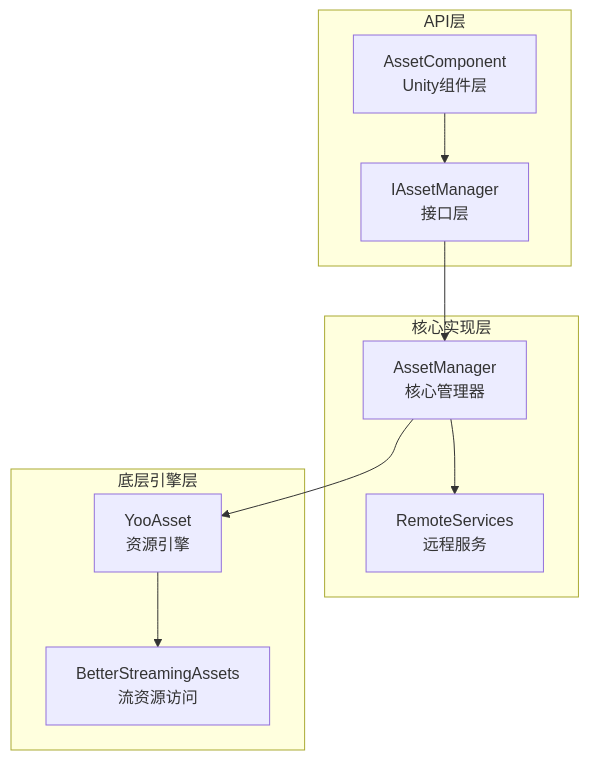
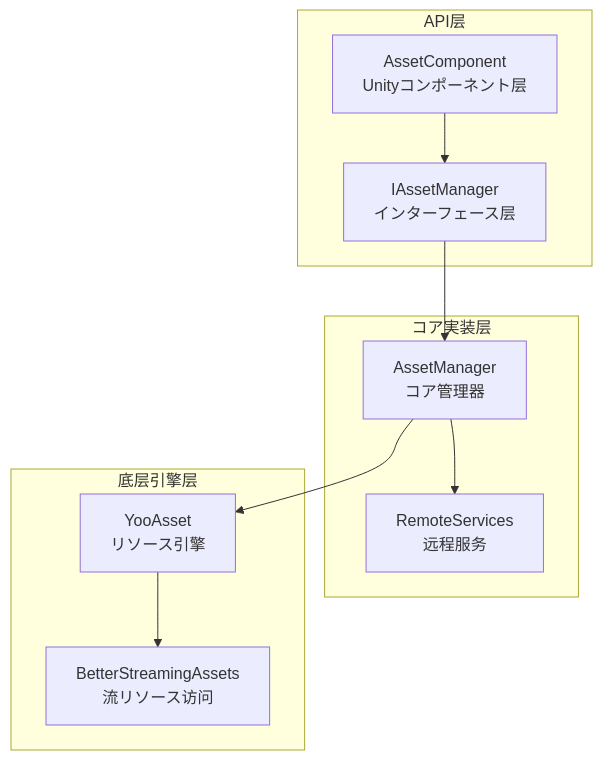
Before and after one commit to AlianBlank/GameFrameX.Docs: the first of 4 diagrams in docs/ja/client/unity/component/asset/10.asset-manager.md, drawn with Mermaid. The commit also changed other lines of this file and 603 other files, not shown here.

````diff
--- a/docs/ja/client/unity/component/asset/10.asset-manager.md
+++ b/docs/ja/client/unity/component/asset/10.asset-manager.md
@@ -23,23 +23,23 @@
 ```mermaid
 graph TD
     subgraph API层
-        A1[AssetComponent<br/>Unity组件层]
-        A2[IAssetManager<br/>接口层]
+        A1[AssetComponent<br/>Unityコンポーネント层]
+        A2[IAssetManager<br/>インターフェース层]
     end
     
-    subgraph 核心实现层
-        B1[AssetManager<br/>核心管理器]
+    subgraph コア実装层
+        B1[AssetManager<br/>コア管理器]
         B2[RemoteServices<br/>远程服务]
     end
     
     subgraph 底层引擎层
-        C1[YooAsset<br/>资源引擎]
-        C2[BetterStreamingAssets<br/>流资源访问]
+        C1[YooAsset<br/>リソース引擎]
+        C2[BetterStreamingAssets<br/>流リソース访问]
     end
     
     A1 --> A2
     A2 --> B1
     B1 --> B2
     B1 --> C1
     C1 --> C2
 ```
````
